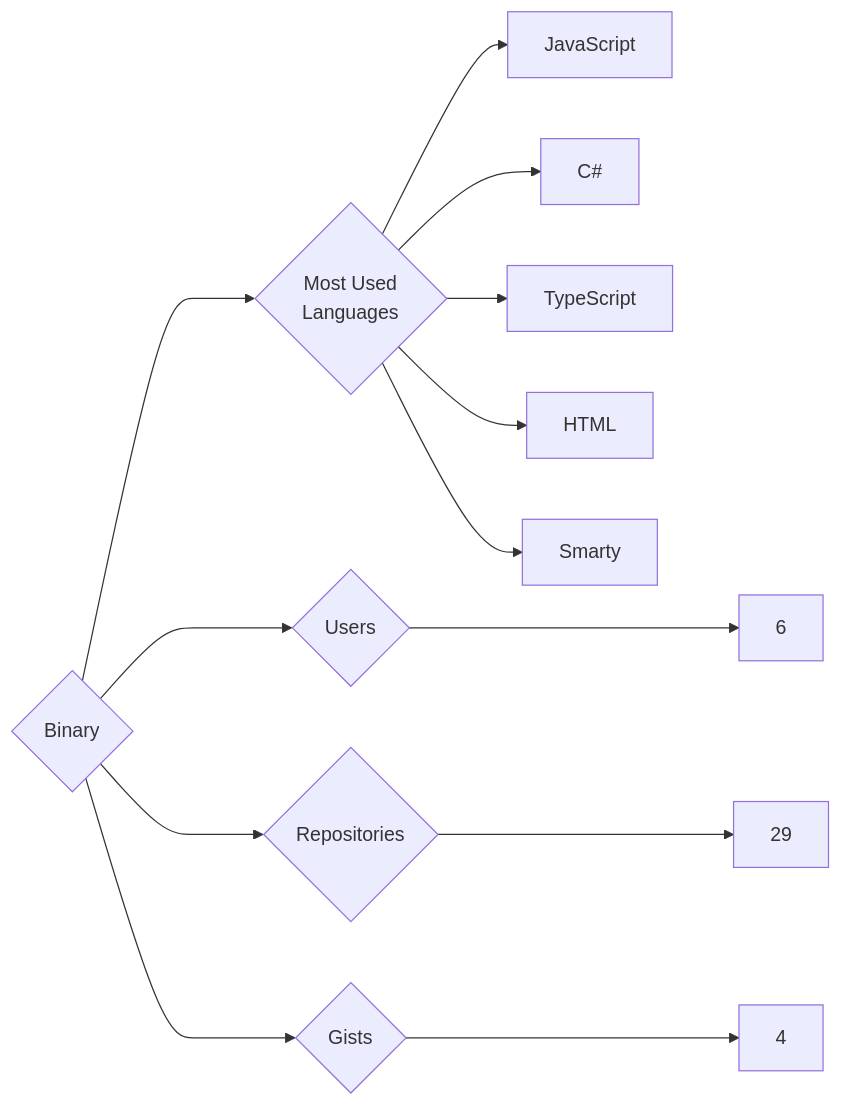
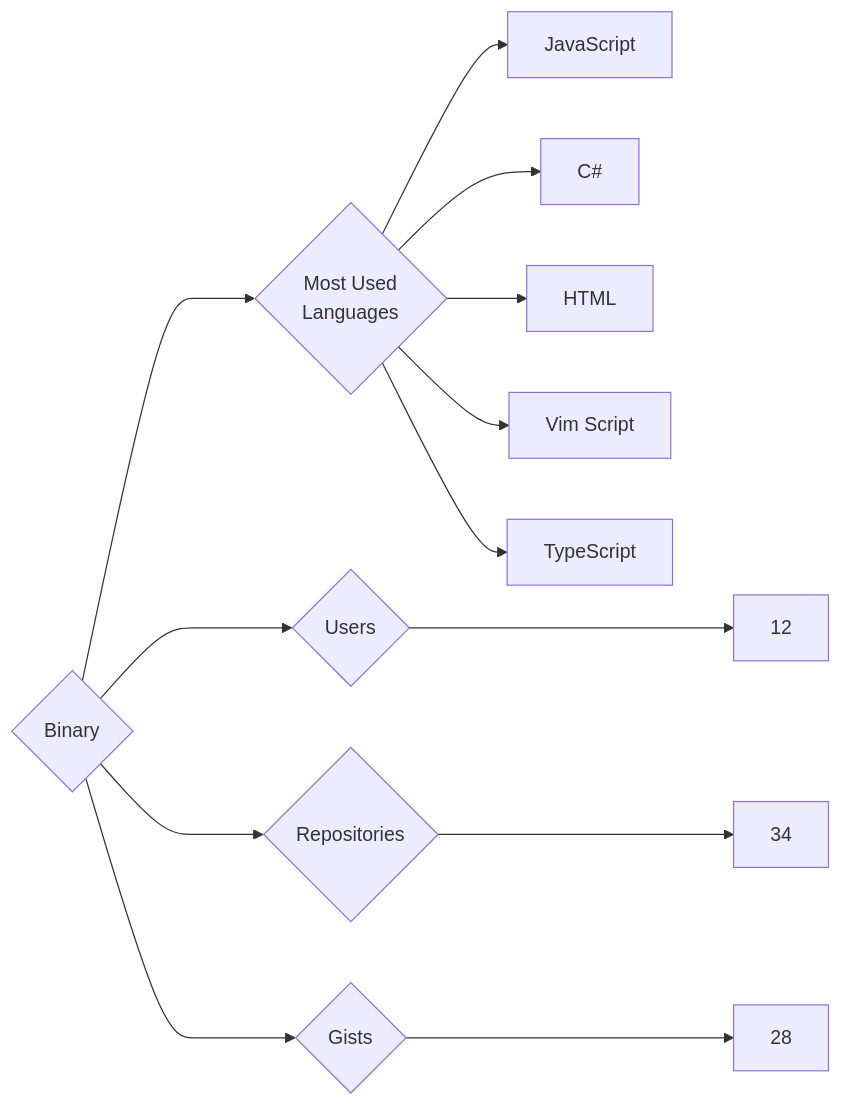
One commit to trickest/insiders changed the diagram in targets/Binary/README.md. Above: the diagram before and after it, drawn with Mermaid. The commit also changed 1092 other files, not shown here.

````diff
--- a/targets/Binary/README.md
+++ b/targets/Binary/README.md
@@ -3,13 +3,13 @@
 ```mermaid
 graph LR
 COMPANY_NAME{Binary}
-COMPANY_NAME ---> U{Users} ---> UN[6]
-COMPANY_NAME ---> R{Repositories} ---> RN[29]
-COMPANY_NAME ---> G{Gists} ---> GN[4]
+COMPANY_NAME ---> U{Users} ---> UN[12]
+COMPANY_NAME ---> R{Repositories} ---> RN[34]
+COMPANY_NAME ---> G{Gists} ---> GN[28]
 COMPANY_NAME ---> ML{Most Used<br>Languages}
 ML --> JavaScript[JavaScript]
 ML --> C#[C#]
+ML --> HTML[HTML]
+ML --> Vim_Script[Vim Script]
 ML --> TypeScript[TypeScript]
-ML --> HTML[HTML]
-ML --> Smarty[Smarty]
 ```
````
